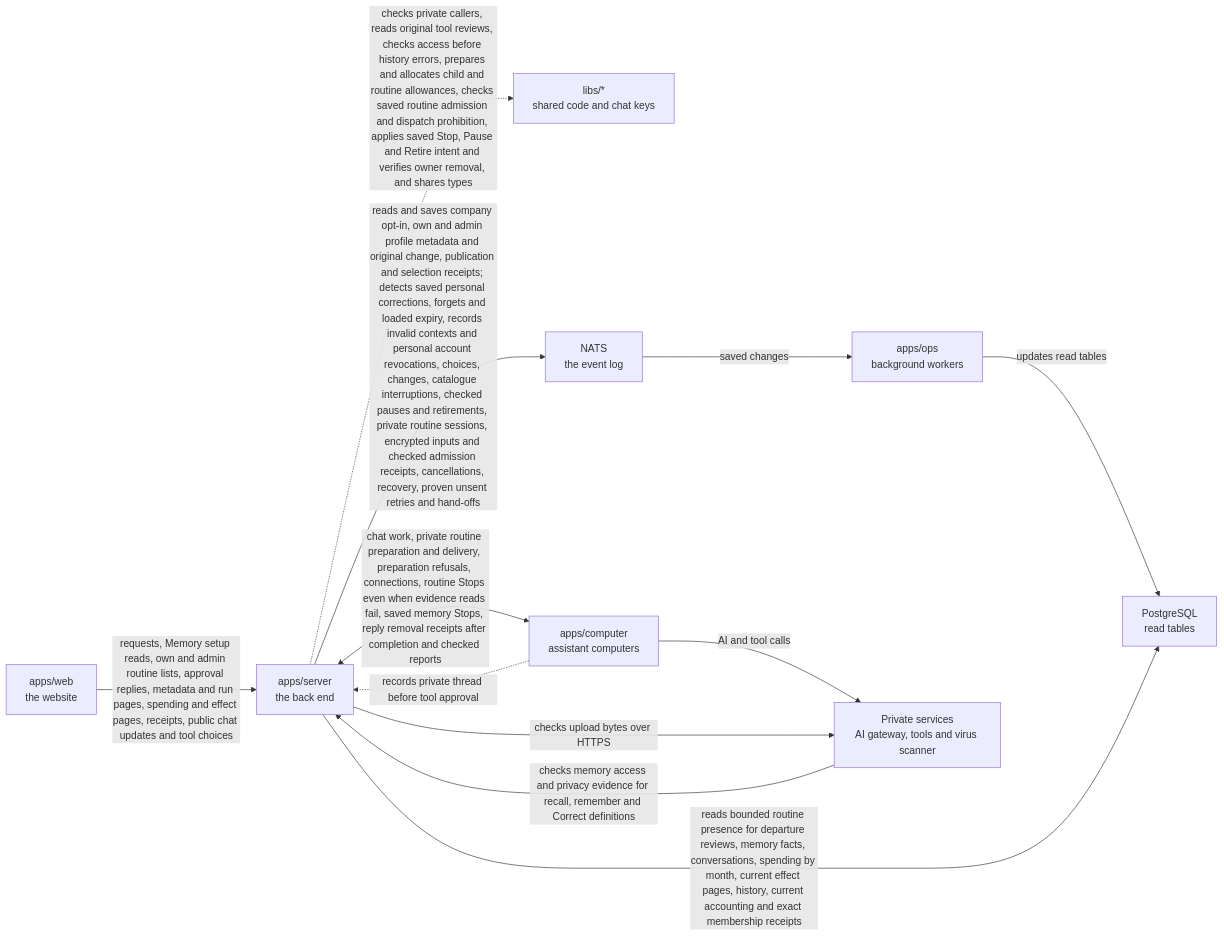
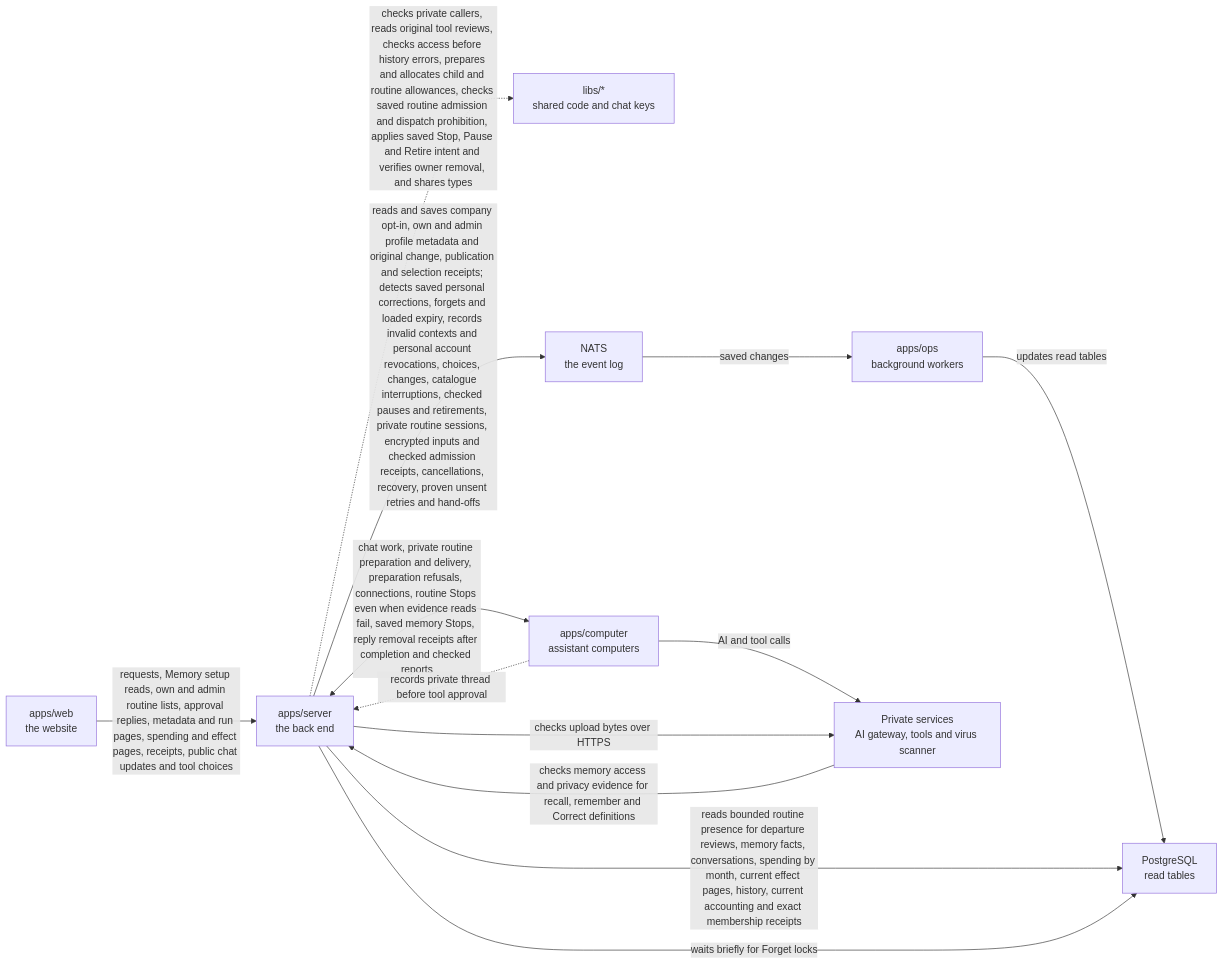
Before and after one commit to elewa-git/opencrane-new: the diagram in apps/server/README.md, drawn with Mermaid. The commit also changed other lines of this file and 6 other files, not shown here.

Commit message:
🩹 Allow brief Forget lock waits within the original access limit.

````diff
--- a/apps/server/README.md
+++ b/apps/server/README.md
@@ -132,14 +134,15 @@
 ```mermaid
 flowchart LR
   web["apps/web<br/>the website"] -->|requests, Memory setup reads, own and admin routine lists, approval replies, metadata and run pages, spending and effect pages, receipts, public chat updates and tool choices| server["apps/server<br/>the back end"]
   server -.->|checks private callers, reads original tool reviews, checks access before history errors, prepares and allocates child and routine allowances, checks saved routine admission and dispatch prohibition, applies saved Stop, Pause and Retire intent and verifies owner removal, and shares types| libs["libs/*<br/>shared code and chat keys"]
   server -->|reads and saves company opt-in, own and admin profile metadata and original change, publication and selection receipts; detects saved personal corrections, forgets and loaded expiry, records invalid contexts and personal account revocations, choices, changes, catalogue interruptions, checked pauses and retirements, private routine sessions, encrypted inputs and checked admission receipts, cancellations, recovery, proven unsent retries and hand-offs| nats["NATS<br/>the event log"]
   nats -->|saved changes| ops["apps/ops<br/>background workers"]
   ops -->|updates read tables| postgres["PostgreSQL<br/>read tables"]
   server -->|reads bounded routine presence for departure reviews, memory facts, conversations, spending by month, current effect pages, history, current accounting and exact membership receipts| postgres
+  server -->|waits briefly for Forget locks| postgres
   server <-->|chat work, private routine preparation and delivery, preparation refusals, connections, routine Stops even when evidence reads fail, saved memory Stops, reply removal receipts after completion and checked reports| computer["apps/computer<br/>assistant computers"]
   computer -.->|records private thread before tool approval| server
   computer -->|AI and tool calls| runtime["Private services<br/>AI gateway, tools and virus scanner"]
   server -->|checks upload bytes over HTTPS| runtime
   runtime -->|checks memory access and privacy evidence for recall, remember and Correct definitions| server
 ```
````
